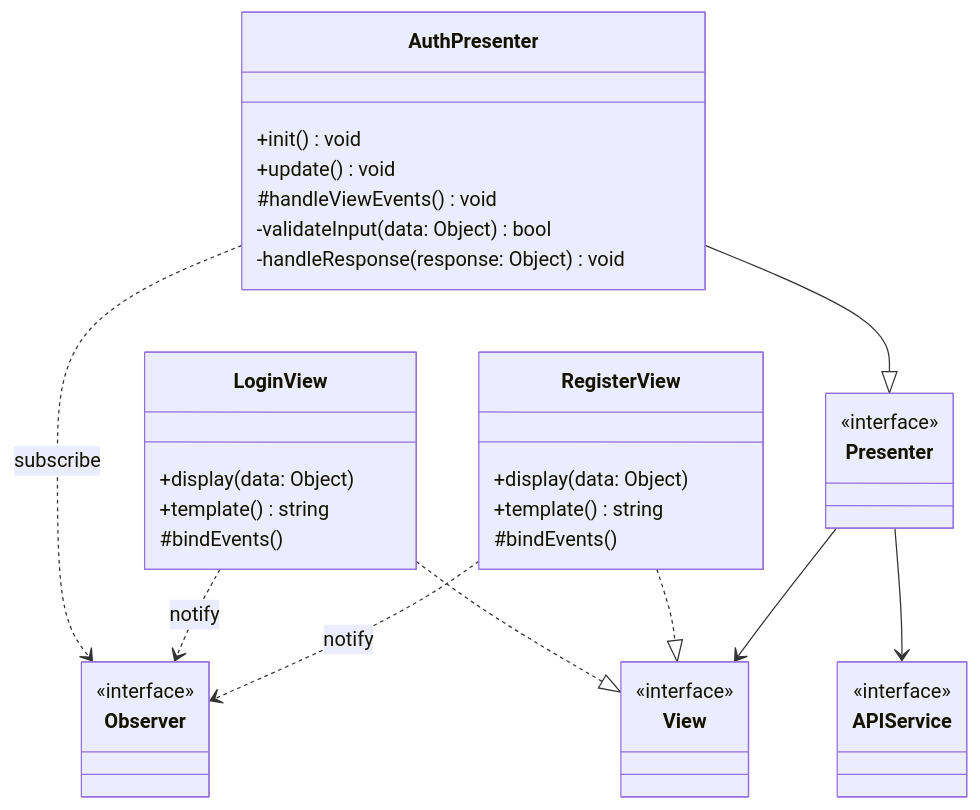
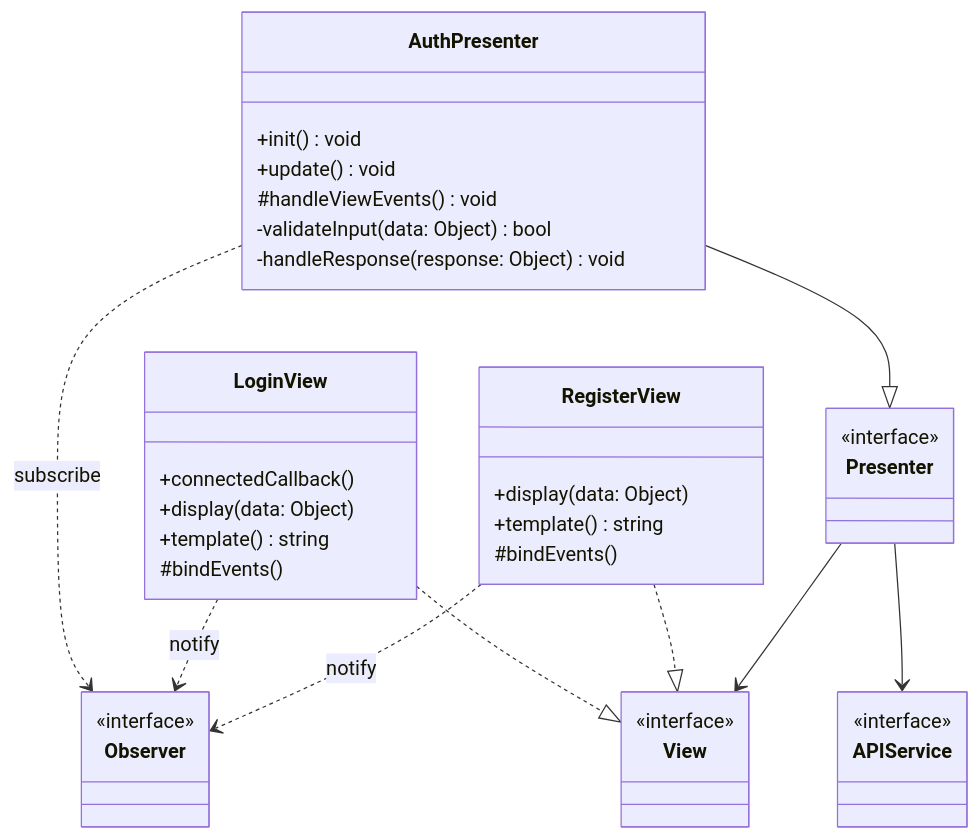
Before and after one commit to mb4dev/progetto-prova: the fourth of 7 diagrams in docuai/UC01.md, drawn with Mermaid. The commit also changed other lines of this file and 10 other files, not shown here.

````diff
--- a/docuai/UC01.md
+++ b/docuai/UC01.md
@@ -112,53 +107,54 @@
 ```mermaid 
 classDiagram
 
     class Observer {
         <<interface>>
     }
 
     class View {
         <<interface>>
     }
 
     class LoginView {
+        +connectedCallback()
         +display(data: Object)
         +template() string
         #bindEvents()
     }
 
     class RegisterView {
         +display(data: Object)
         +template() string
         #bindEvents() 
     }
 
     class Presenter {
         <<interface>>
     }
 
     class AuthPresenter {
         +init() void
         +update() void
         #handleViewEvents() void
         -validateInput(data: Object) bool
         -handleResponse(response: Object) void
     }
 
     class APIService {
         <<interface>>
     }
 
     class View {
         <<interface>>
     }
 
     LoginView ..|> View
     RegisterView ..|> View
     AuthPresenter --|> Presenter
     Presenter --> View
     Presenter --> APIService
     
     AuthPresenter ..> Observer : subscribe
     LoginView ..> Observer : notify
     RegisterView ..> Observer : notify
 ```
````
